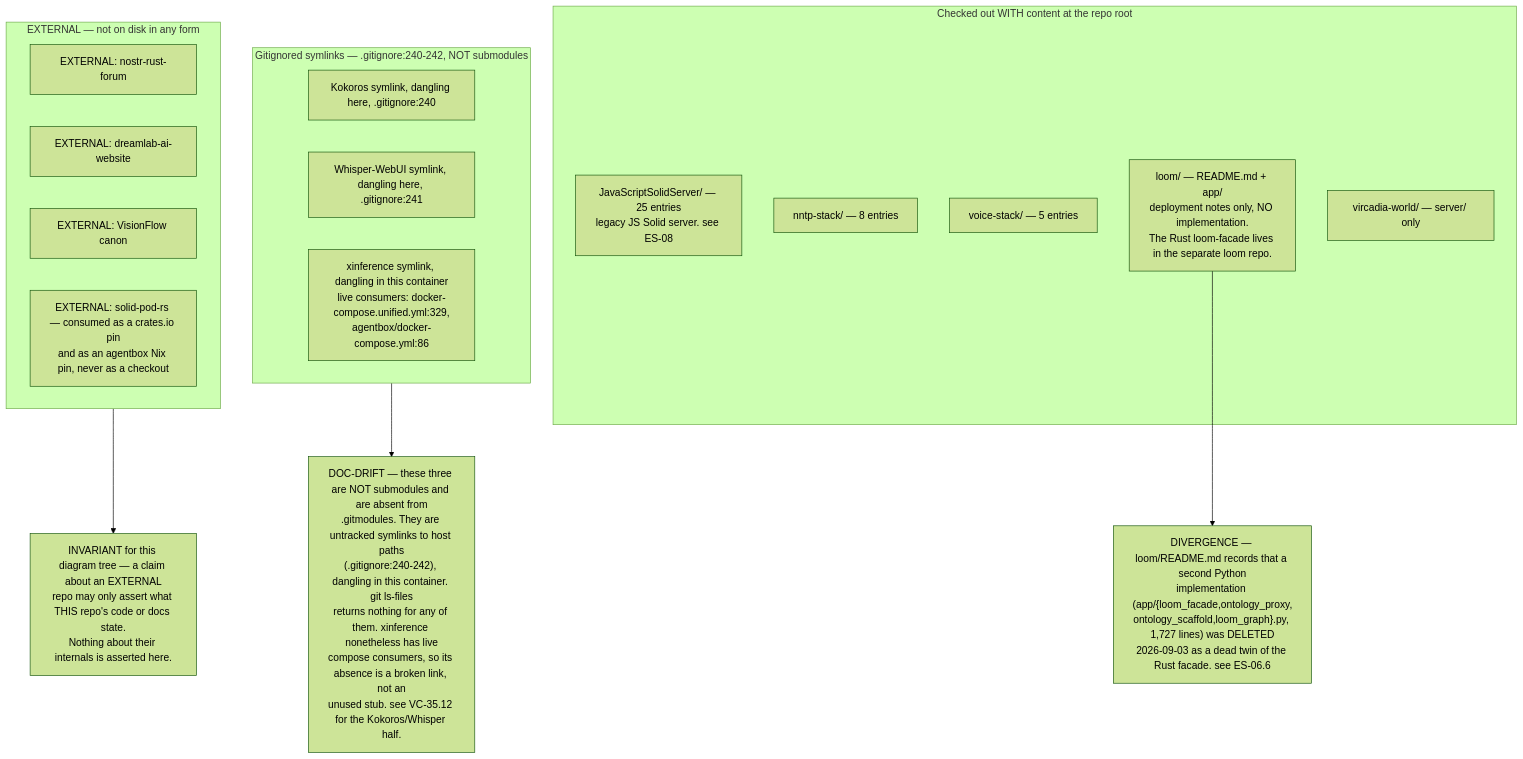
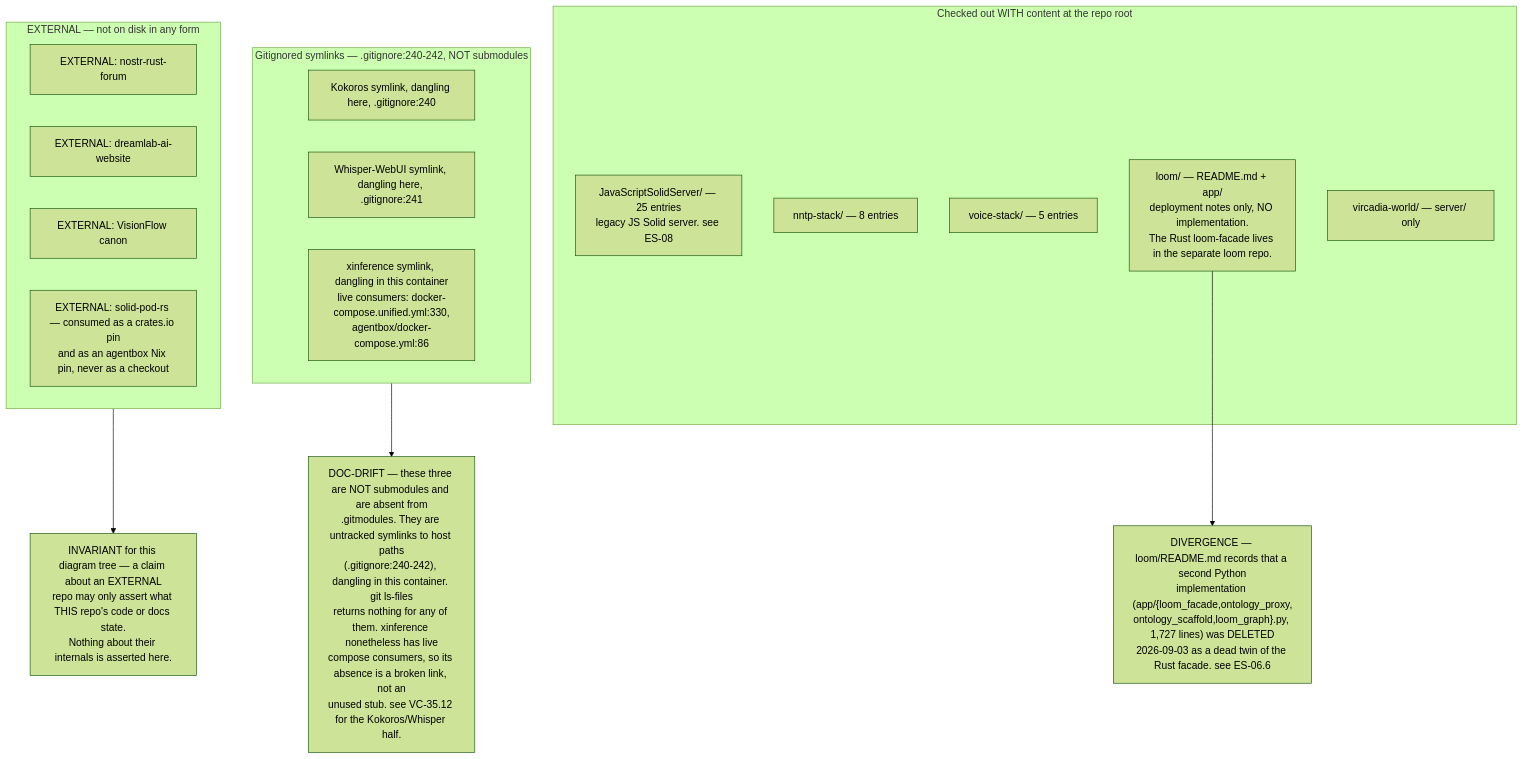
Before and after one commit to DreamLab-AI/VisionFlow: the sixth of 8 diagrams in docs/diagrams/estate/01-estate-topology.md, drawn with Mermaid (forest theme). The commit also changed other lines of this file and 111 other files, not shown here.

Commit message:
docs(diagrams): align estate maps with current source

````diff
--- a/docs/diagrams/estate/01-estate-topology.md
+++ b/docs/diagrams/estate/01-estate-topology.md
@@ -242,29 +242,29 @@
 ```mermaid
 flowchart TB
     subgraph real["Checked out WITH content at the repo root"]
         R1["JavaScriptSolidServer/ — 25 entries<br/>legacy JS Solid server. see ES-08"]
         R2["nntp-stack/ — 8 entries"]
         R3["voice-stack/ — 5 entries"]
         R4["loom/ — README.md + app/<br/>deployment notes only, NO implementation.<br/>The Rust loom-facade lives in the separate loom repo."]
         R5["vircadia-world/ — server/ only"]
     end
     subgraph stub["Gitignored symlinks — .gitignore:240-242, NOT submodules"]
         S1["Kokoros symlink, dangling here, .gitignore:240"]
         S2["Whisper-WebUI symlink, dangling here, .gitignore:241"]
-        S3["xinference symlink, dangling in this container<br/>live consumers: docker-compose.unified.yml:329,<br/>agentbox/docker-compose.yml:86"]
+        S3["xinference symlink, dangling in this container<br/>live consumers: docker-compose.unified.yml:330,<br/>agentbox/docker-compose.yml:86"]
     end
     subgraph ext["EXTERNAL — not on disk in any form"]
         E1["EXTERNAL: nostr-rust-forum"]
         E2["EXTERNAL: dreamlab-ai-website"]
         E3["EXTERNAL: VisionFlow canon"]
         E4["EXTERNAL: solid-pod-rs — consumed as a crates.io pin<br/>and as an agentbox Nix pin, never as a checkout"]
     end
 
     WARN["INVARIANT for this diagram tree — a claim about an EXTERNAL<br/>repo may only assert what THIS repo's code or docs state.<br/>Nothing about their internals is asserted here."]
     D1["DOC-DRIFT — these three are NOT submodules and are absent from<br/>.gitmodules. They are untracked symlinks to host paths<br/>(.gitignore:240-242), dangling in this container. git ls-files<br/>returns nothing for any of them. xinference nonetheless has live<br/>compose consumers, so its absence is a broken link, not an<br/>unused stub. see VC-35.12 for the Kokoros/Whisper half."]
     D2["DIVERGENCE — loom/README.md records that a second Python<br/>implementation (app/{loom_facade,ontology_proxy,<br/>ontology_scaffold,loom_graph}.py, 1,727 lines) was DELETED<br/>2026-09-03 as a dead twin of the Rust facade. see ES-06.6"]
 
     stub --> D1
     R4 --> D2
     ext --> WARN
 ```
````
